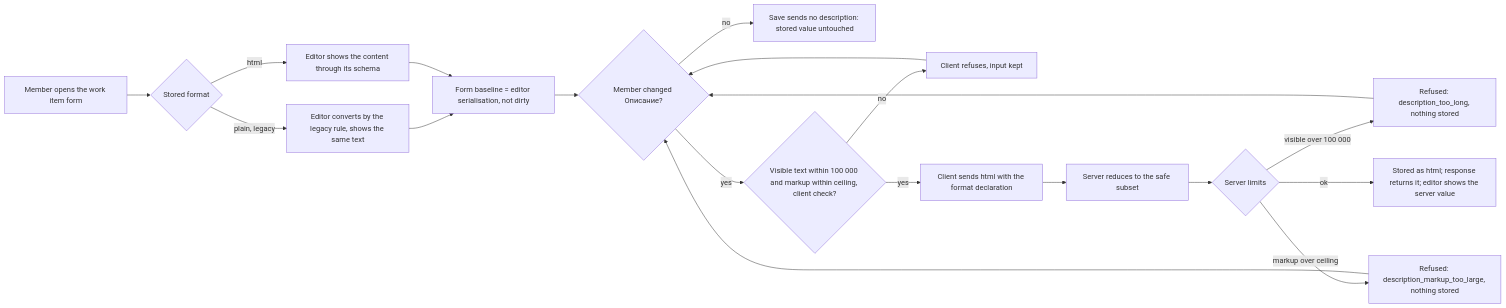
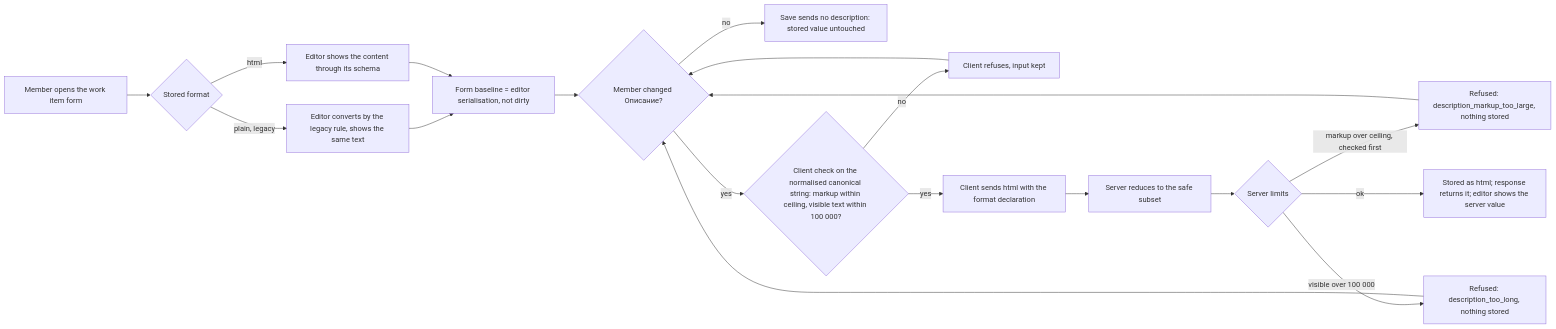
Before and after one commit to totKtoXam/mustask: the diagram in docs/features/feat-018-work-item-rich-text/spec.md, drawn with Mermaid. The commit also changed other lines of this file and 6 other files, not shown here.

````diff
--- a/docs/features/feat-018-work-item-rich-text/spec.md
+++ b/docs/features/feat-018-work-item-rich-text/spec.md
@@ -47,21 +47,21 @@
 ```mermaid
 flowchart LR
     A[Member opens the work item form] --> B{Stored format}
     B -->|plain, legacy| C[Editor converts by the legacy rule, shows the same text]
     B -->|html| D[Editor shows the content through its schema]
     C --> E[Form baseline = editor serialisation, not dirty]
     D --> E
     E --> F{Member changed Описание?}
     F -->|no| G[Save sends no description: stored value untouched]
-    F -->|yes| H{Visible text within 100 000 and markup within ceiling, client check?}
+    F -->|yes| H{Client check on the normalised canonical string: markup within ceiling, visible text within 100 000?}
     H -->|no| I[Client refuses, input kept]
     H -->|yes| J[Client sends html with the format declaration]
     J --> K[Server reduces to the safe subset]
     K --> L{Server limits}
+    L -->|markup over ceiling, checked first| N[Refused: description_markup_too_large, nothing stored]
     L -->|visible over 100 000| M[Refused: description_too_long, nothing stored]
-    L -->|markup over ceiling| N[Refused: description_markup_too_large, nothing stored]
     L -->|ok| O[Stored as html; response returns it; editor shows the server value]
     M --> F
     N --> F
     I --> F
 ```
````
